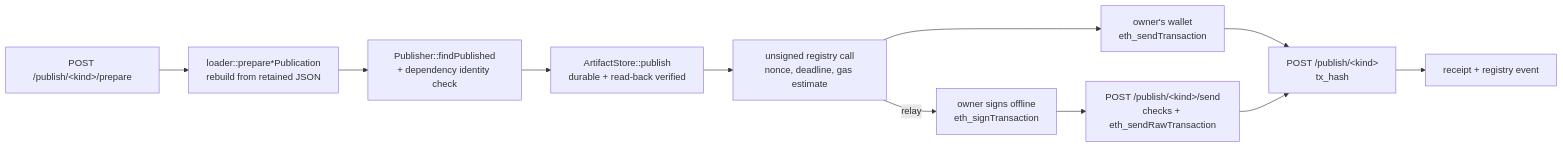
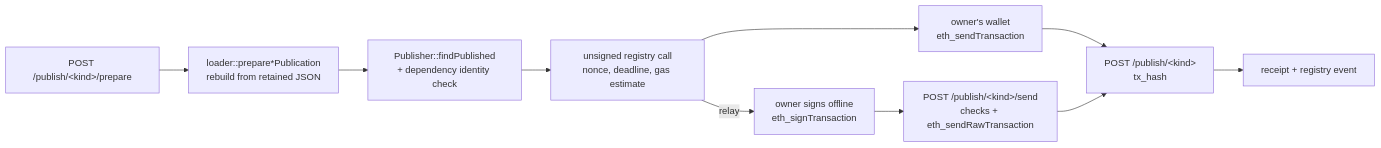
The diagram in src/publish/README.md (decentralised-art/chain-backend), drawn with Mermaid before and after one commit. The commit also changed other lines of this file and 88 other files, not shown here.

````diff
--- a/src/publish/README.md
+++ b/src/publish/README.md
@@ -9,13 +9,12 @@
 ```mermaid
 flowchart LR
     Prepare["POST /publish/&lt;kind&gt;/prepare"] --> Rebuild["loader::prepare*Publication<br/>rebuild from retained JSON"]
     Rebuild --> Check["Publisher::findPublished<br/>+ dependency identity check"]
-    Check --> Upload["ArtifactStore::publish<br/>durable + read-back verified"]
-    Upload --> Tx["unsigned registry call<br/>nonce, deadline, gas estimate"]
+    Check --> Tx["unsigned registry call<br/>nonce, deadline, gas estimate"]
     Tx --> Wallet["owner's wallet<br/>eth_sendTransaction"]
     Tx -->|relay| Sign["owner signs offline<br/>eth_signTransaction"]
     Sign --> Send["POST /publish/&lt;kind&gt;/send<br/>checks + eth_sendRawTransaction"]
     Wallet --> Confirm["POST /publish/&lt;kind&gt;<br/>tx_hash"]
     Send --> Confirm
     Confirm --> Receipt["receipt + registry event"]
 ```
````
